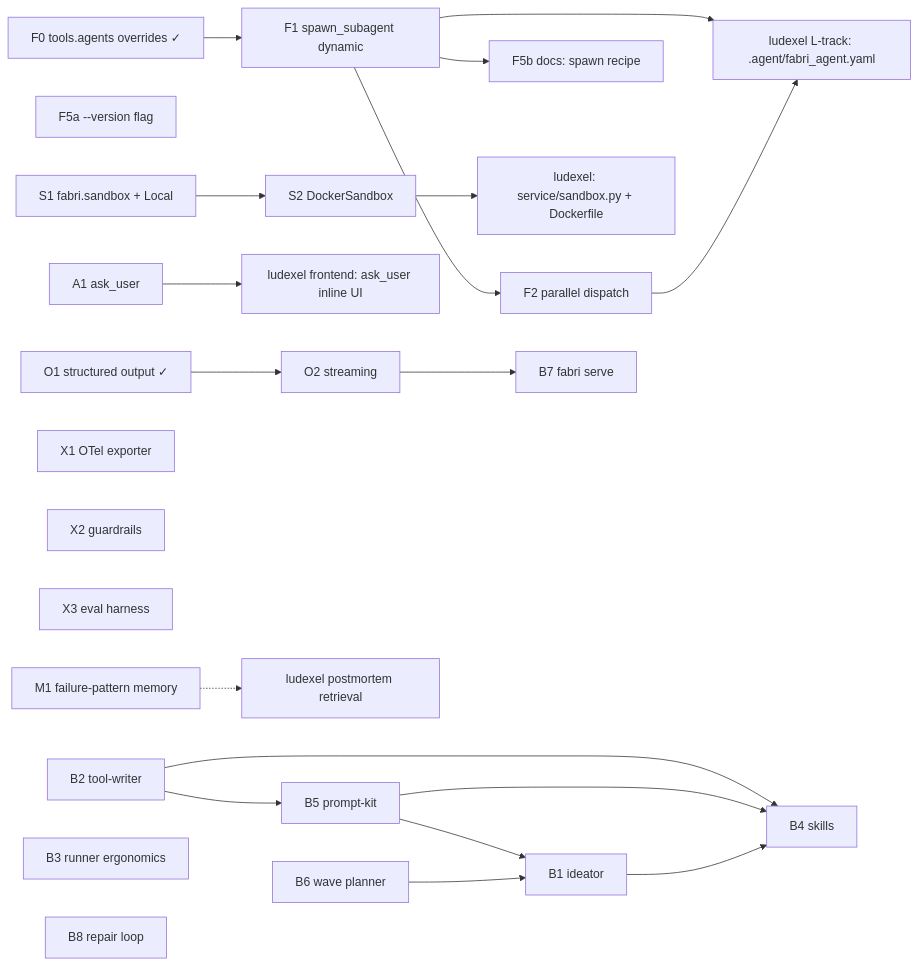
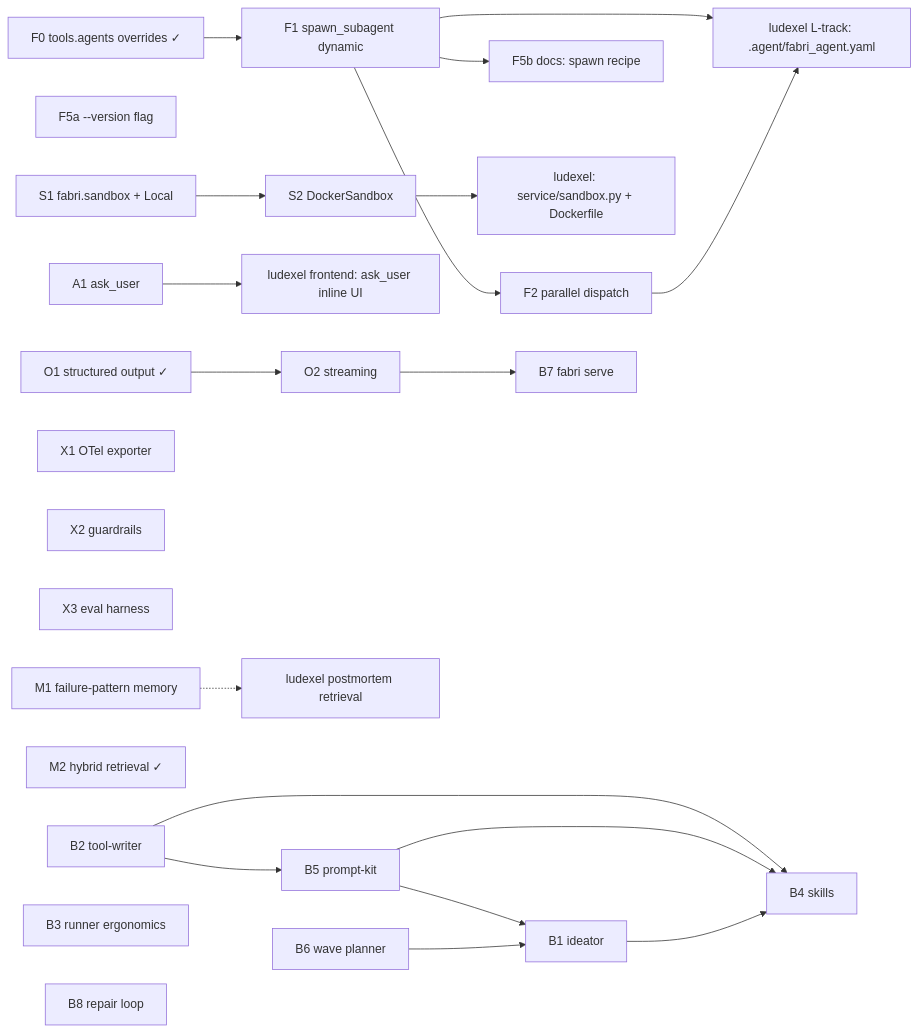
The diagram in docs/ROADMAP.md (Rushour0/fabri), drawn with Mermaid before and after one commit. The commit also changed other lines of this file and 1 other file, not shown here.

First line of the commit message:
docs: bump TODO and ROADMAP for v0.9.0 hybrid retrieval (M2)

````diff
--- a/docs/ROADMAP.md
+++ b/docs/ROADMAP.md
@@ -119,26 +132,27 @@
 ```mermaid
 flowchart LR
     F0[F0 tools.agents overrides ✓] --> F1[F1 spawn_subagent dynamic]
     F1 --> F2[F2 parallel dispatch]
     F1 --> F5b[F5b docs: spawn recipe]
     F5a[F5a --version flag]
     S1[S1 fabri.sandbox + Local] --> S2[S2 DockerSandbox]
     F1 --> LX[ludexel L-track: .agent/fabri_agent.yaml]
     F2 --> LX
     S2 --> LXS[ludexel: service/sandbox.py + Dockerfile]
     A1[A1 ask_user] --> LXFE[ludexel frontend: ask_user inline UI]
     O1[O1 structured output ✓] --> O2[O2 streaming]
     X1[X1 OTel exporter]
     X2[X2 guardrails]
     X3[X3 eval harness]
     M1[M1 failure-pattern memory] -.-> LXPM[ludexel postmortem retrieval]
+    M2[M2 hybrid retrieval ✓]
     B2[B2 tool-writer] --> B5[B5 prompt-kit]
     B5 --> B1[B1 ideator]
     B2 --> B4[B4 skills]
     B5 --> B4
     B1 --> B4
     B6[B6 wave planner] --> B1
     B3[B3 runner ergonomics]
     O2 --> B7[B7 fabri serve]
     B8[B8 repair loop]
 ```
````
